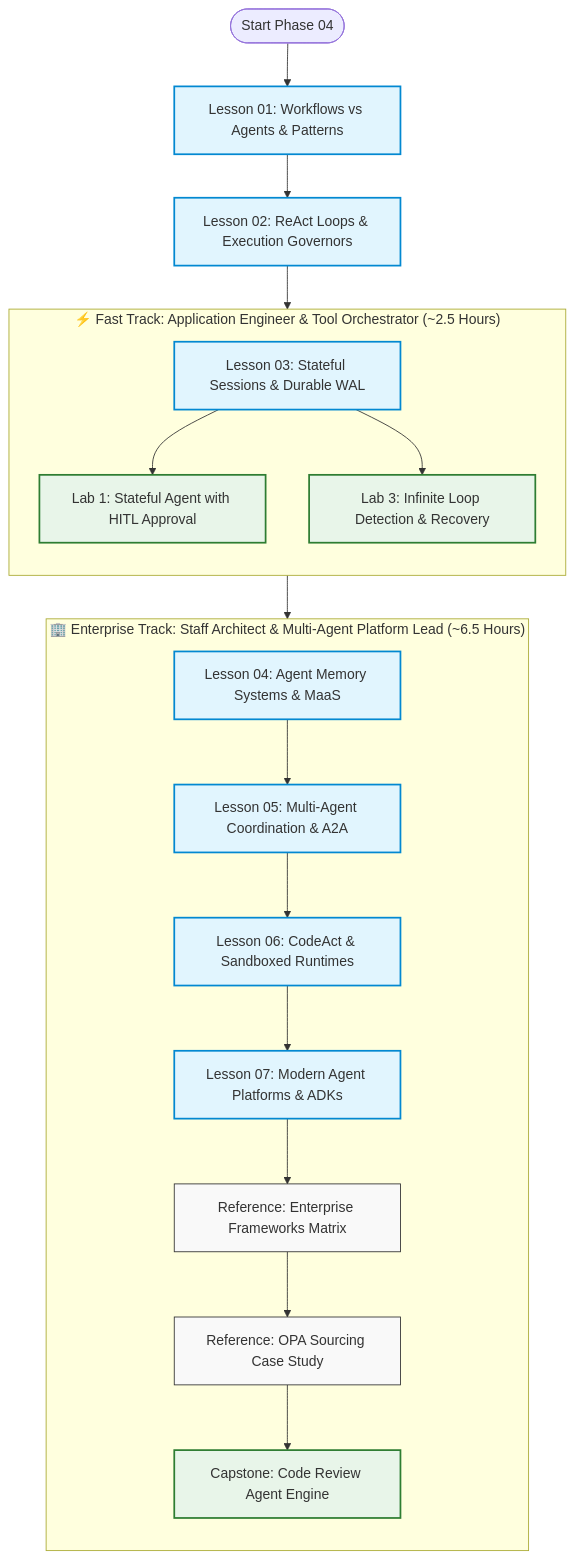
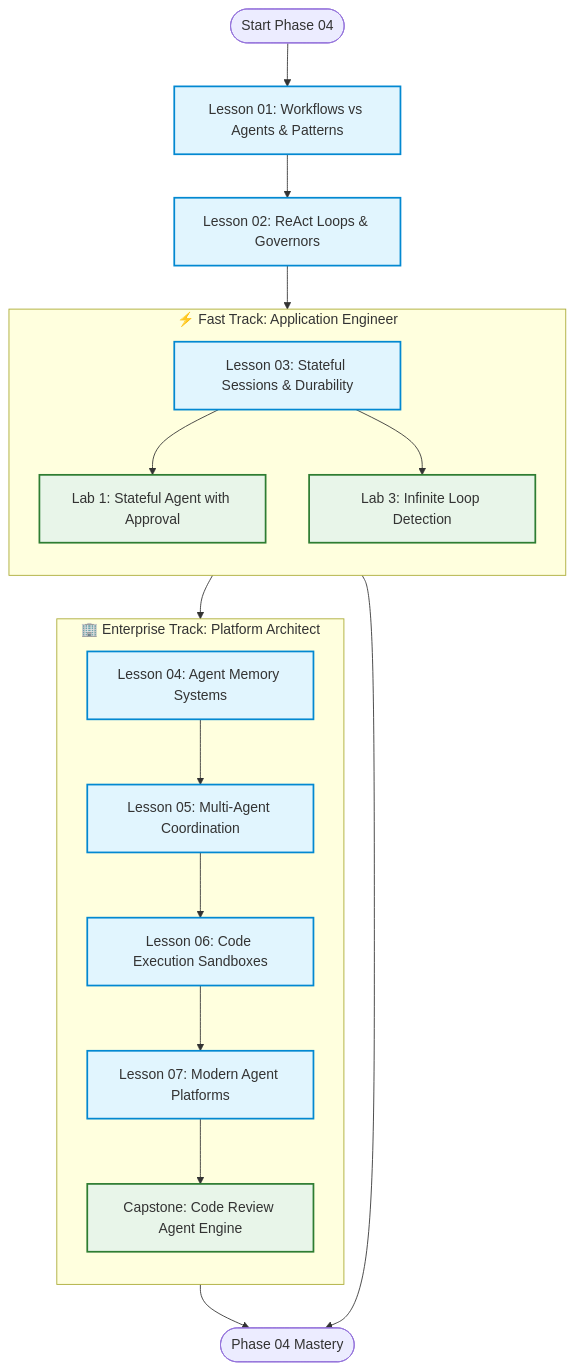
One commit to dip4k/senior-engineer-to-ai-engineer-roadmap changed the first of 2 diagrams in 04-agentic-systems-and-orchestration/README.md. Above: the diagram before and after it, drawn with Mermaid. The commit also changed other lines of this file and 59 other files, not shown here.

````diff
--- a/04-agentic-systems-and-orchestration/README.md
+++ b/04-agentic-systems-and-orchestration/README.md
@@ -25,27 +25,28 @@
 ```mermaid
 flowchart TD
     classDef core fill:#e1f5fe,stroke:#0288d1,stroke-width:2px;
     classDef track fill:#f9f9f9,stroke:#333,stroke-width:1px;
     classDef lab fill:#e8f5e9,stroke:#2e7d32,stroke-width:2px;
 
     Start(["Start Phase 04"]) --> L1["Lesson 01: Workflows vs Agents & Patterns"]:::core
-    L1 --> L2["Lesson 02: ReAct Loops & Execution Governors"]:::core
-    L2 --> L3["Lesson 03: Stateful Sessions & Durable WAL"]:::core
+    L1 --> L2["Lesson 02: ReAct Loops & Governors"]:::core
+    L2 --> L3["Lesson 03: Stateful Sessions & Durability"]:::core
     
-    subgraph FastTrack["⚡ Fast Track: Application Engineer & Tool Orchestrator (~2.5 Hours)"]
+    subgraph FastTrack["⚡ Fast Track: Application Engineer"]
         direction TB
-        L3 --> Lab1["Lab 1: Stateful Agent with HITL Approval"]:::lab
-        L3 --> Lab3["Lab 3: Infinite Loop Detection & Recovery"]:::lab
+        L3 --> Lab1["Lab 1: Stateful Agent with Approval"]:::lab
+        L3 --> Lab3["Lab 3: Infinite Loop Detection"]:::lab
     end
     
-    subgraph EnterpriseTrack["🏢 Enterprise Track: Staff Architect & Multi-Agent Platform Lead (~6.5 Hours)"]
+    subgraph EnterpriseTrack["🏢 Enterprise Track: Platform Architect"]
         direction TB
-        L3 --> L4["Lesson 04: Agent Memory Systems & MaaS"]:::core
-        L4 --> L5["Lesson 05: Multi-Agent Coordination & A2A"]:::core
-        L5 --> L6["Lesson 06: CodeAct & Sandboxed Runtimes"]:::core
-        L6 --> L7["Lesson 07: Modern Agent Platforms & ADKs"]:::core
-        L7 --> Ref1["Reference: Enterprise Frameworks Matrix"]:::track
-        Ref1 --> Ref2["Reference: OPA Sourcing Case Study"]:::track
-        Ref2 --> Capstone["Capstone: Code Review Agent Engine"]:::lab
+        L3 --> L4["Lesson 04: Agent Memory Systems"]:::core
+        L4 --> L5["Lesson 05: Multi-Agent Coordination"]:::core
+        L5 --> L6["Lesson 06: Code Execution Sandboxes"]:::core
+        L6 --> L7["Lesson 07: Modern Agent Platforms"]:::core
+        L7 --> Capstone["Capstone: Code Review Agent Engine"]:::lab
     end
+
+    Lab3 --> Done(["Phase 04 Mastery"])
+    Capstone --> Done
 ```
````
